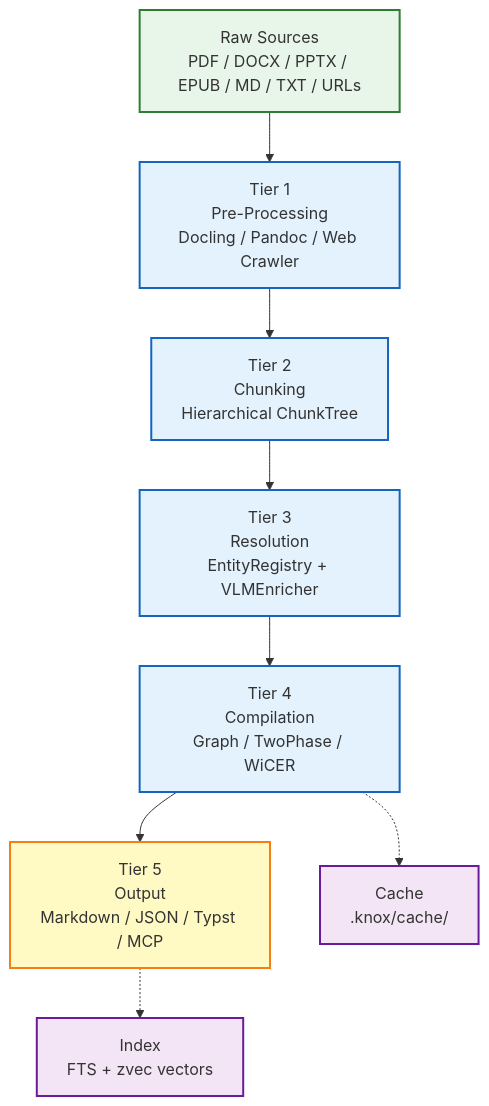
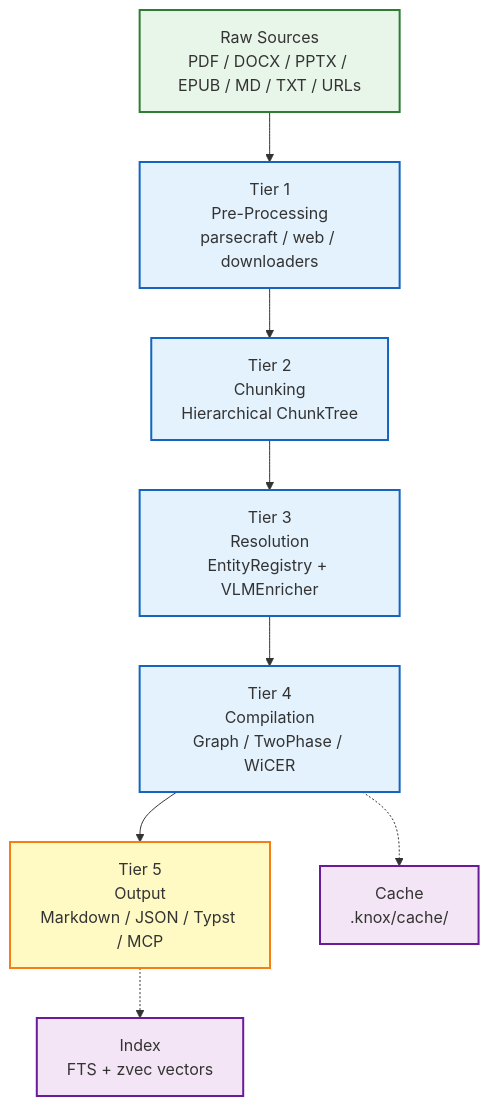
The diagram in docs/architecture/index.md (jr2804/kompend), drawn with Mermaid before and after one commit. The commit also changed other lines of this file and 15 other files, not shown here.

````diff
--- a/docs/architecture/index.md
+++ b/docs/architecture/index.md
@@ -9,29 +9,29 @@
 ```mermaid
 flowchart TD
     classDef source fill:#e8f5e9,stroke:#2e7d32,stroke-width:2px
     classDef process fill:#e3f2fd,stroke:#1565c0,stroke-width:2px
     classDef output fill:#fff9c4,stroke:#f57f17,stroke-width:2px
     classDef storage fill:#f3e5f5,stroke:#6a1b9a,stroke-width:2px
 
     SRC[Raw Sources<br/>PDF / DOCX / PPTX / EPUB / MD / TXT / URLs]
-    T1[Tier 1<br/>Pre-Processing<br/>Docling / Pandoc / Web Crawler]
+    T1[Tier 1<br/>Pre-Processing<br/>parsecraft / web / downloaders]
     T2[Tier 2<br/>Chunking<br/>Hierarchical ChunkTree]
     T3[Tier 3<br/>Resolution<br/>EntityRegistry + VLMEnricher]
     T4[Tier 4<br/>Compilation<br/>Graph / TwoPhase / WiCER]
     T5[Tier 5<br/>Output<br/>Markdown / JSON / Typst / MCP]
     CACHE[Cache<br/>.knox/cache/]
     IDX[Index<br/>FTS + zvec vectors]
 
     SRC --> T1
     T1 --> T2
     T2 --> T3
     T3 --> T4
     T4 --> T5
     T4 -.-> CACHE
     T5 -.-> IDX
 
     class SRC source
     class T1,T2,T3,T4,T5 process
     class T5 output
     class CACHE,IDX storage
 ```
````
